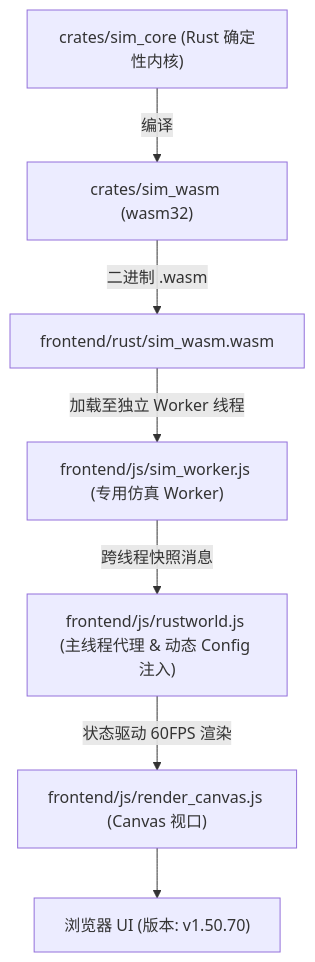
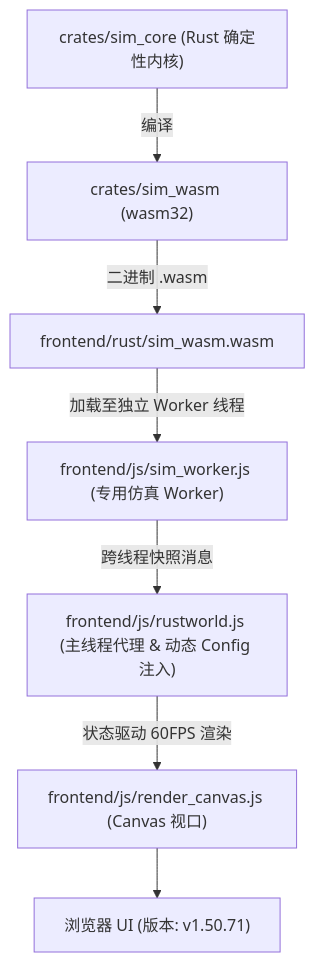
One commit to g39088902/FlowAndAccord changed the diagram in AGENTS.md. Above: the diagram before and after it, drawn with Mermaid. The commit also changed other lines of this file and 16 other files, not shown here.

````diff
--- a/AGENTS.md
+++ b/AGENTS.md
@@ -61,10 +61,10 @@
 ```mermaid
 graph TD
     A["crates/sim_core (Rust 确定性内核)"] -->|编译| B["crates/sim_wasm (wasm32)"]
     B -->|二进制 .wasm| C["frontend/rust/sim_wasm.wasm"]
     C -->|加载至独立 Worker 线程| D["frontend/js/sim_worker.js (专用仿真 Worker)"]
     D -->|跨线程快照消息| E["frontend/js/rustworld.js (主线程代理 & 动态 Config 注入)"]
     E -->|状态驱动 60FPS 渲染| F["frontend/js/render_canvas.js (Canvas 视口)"]
-    F --> G["浏览器 UI (版本: v1.50.70)"]
+    F --> G["浏览器 UI (版本: v1.50.71)"]
 
 ```
````
